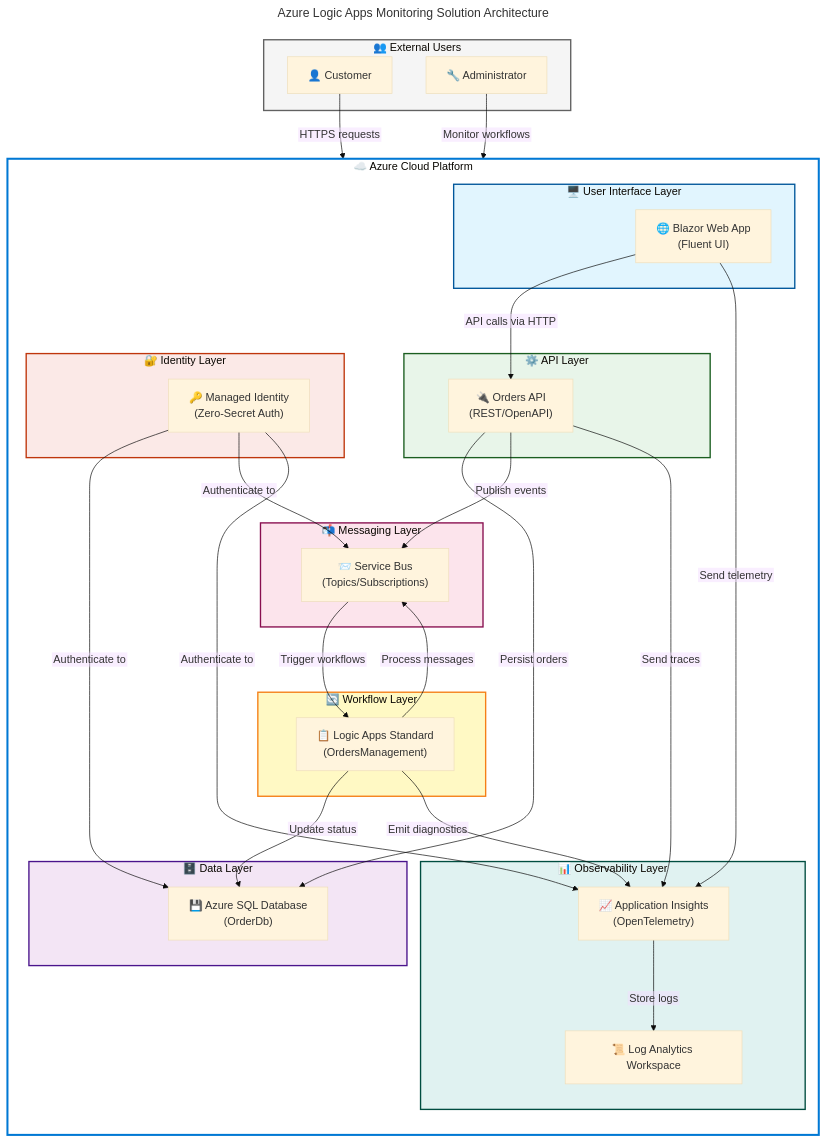
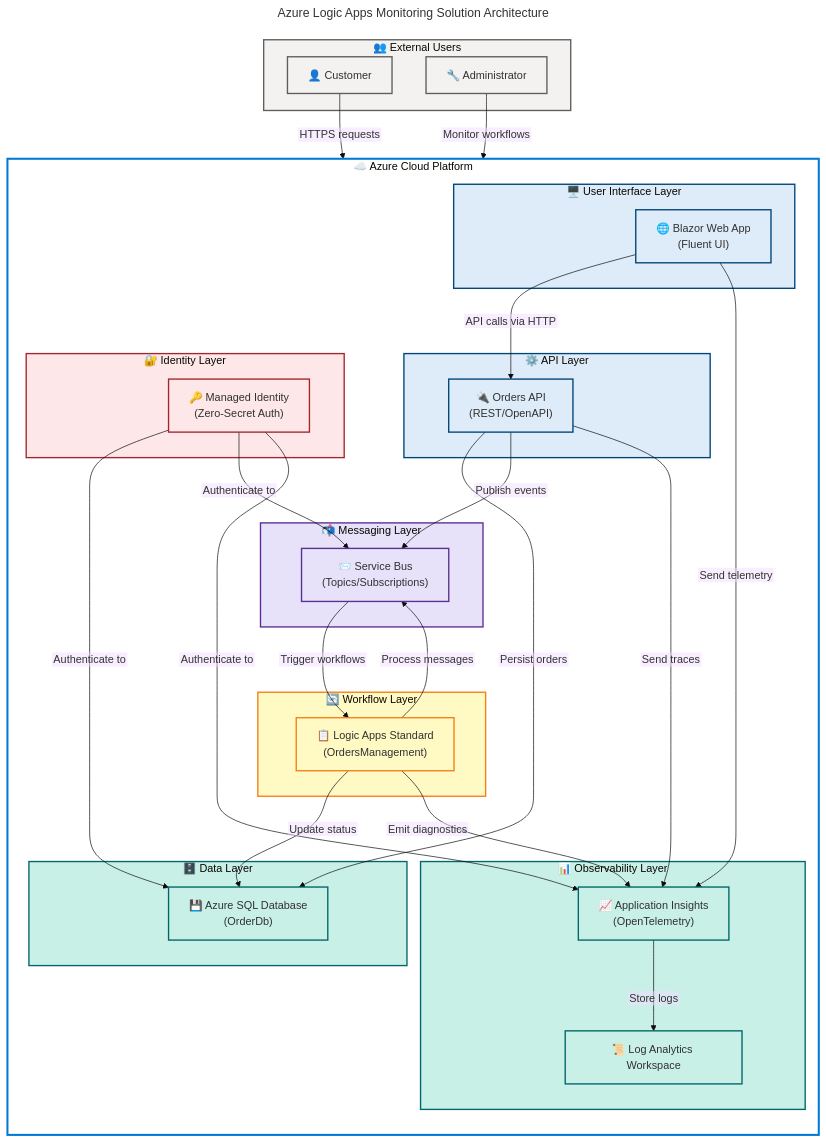
Before and after one commit to Evilazaro/Azure-LogicApps-Monitoring: the diagram in README.md, drawn with Mermaid.

Commit message:
docs: enhance architecture diagram in README.md with semantic color coding and improved accessibility

````diff
--- a/README.md
+++ b/README.md
@@ -87,42 +87,58 @@
     accTitle: Azure Logic Apps Monitoring Solution Architecture
     accDescr: Shows microservices architecture with Blazor Web App, Orders API, Logic Apps, Service Bus, SQL Database, and Application Insights with managed identity authentication
 
+    %% ═══════════════════════════════════════════════════════════════════════════
+    %% AZURE / FLUENT ARCHITECTURE PATTERN v1.1
+    %% (Semantic + Structural + Font + Accessibility Governance)
+    %% ═══════════════════════════════════════════════════════════════════════════
+    %% PHASE 1 - STRUCTURAL: TB direction explicit, 2-level nesting (azure→layers), 9 subgraphs total
+    %% PHASE 2 - SEMANTIC: 5 semantic colors used (within limit):
+    %%   - azureBlue (#DEECF9): UI/API layers - application services
+    %%   - azureYellow (#FFF9C4): Workflow orchestration - business logic
+    %%   - azurePurple (#E7E2FA): Messaging infrastructure - async communication
+    %%   - azureTeal (#C8F0E7): Data persistence - storage services
+    %%   - azureOrange (#FDE7E9): Security/Identity - authentication services
+    %% PHASE 3 - FONT: Dark text #323130 on all 100-level fills (WCAG AA 4.5:1+ contrast)
+    %% PHASE 4 - ACCESSIBILITY: accTitle/accDescr present, all nodes have semantic icons
+    %% PHASE 5 - STANDARD: v1.1 format, 9 subgraphs with semantic color matching, centralized classDefs
+    %% ═══════════════════════════════════════════════════════════════════════════
+
     subgraph azure["☁️ Azure Cloud Platform"]
         direction TB
 
         subgraph ui["🖥️ User Interface Layer"]
-            webapp["🌐 Blazor Web App<br/>(Fluent UI)"]
+            webapp["🌐 Blazor Web App<br/>(Fluent UI)"]:::azureBlue
         end
 
         subgraph api["⚙️ API Layer"]
-            ordersapi["🔌 Orders API<br/>(REST/OpenAPI)"]
+            ordersapi["🔌 Orders API<br/>(REST/OpenAPI)"]:::azureBlue
         end
 
         subgraph workflows["🔄 Workflow Layer"]
-            logicapp["📋 Logic Apps Standard<br/>(OrdersManagement)"]
+            logicapp["📋 Logic Apps Standard<br/>(OrdersManagement)"]:::azureYellow
         end
 
         subgraph messaging["📬 Messaging Layer"]
-            servicebus["📨 Service Bus<br/>(Topics/Subscriptions)"]
+            servicebus["📨 Service Bus<br/>(Topics/Subscriptions)"]:::azurePurple
         end
 
         subgraph data["🗄️ Data Layer"]
-            sqldb["💾 Azure SQL Database<br/>(OrderDb)"]
+            sqldb["💾 Azure SQL Database<br/>(OrderDb)"]:::azureTeal
         end
 
         subgraph observability["📊 Observability Layer"]
-            appinsights["📈 Application Insights<br/>(OpenTelemetry)"]
-            loganalytics["📜 Log Analytics Workspace"]
+            appinsights["📈 Application Insights<br/>(OpenTelemetry)"]:::azureTeal
+            loganalytics["📜 Log Analytics Workspace"]:::azureTeal
         end
 
         subgraph identity["🔐 Identity Layer"]
-            managedid["🔑 Managed Identity<br/>(Zero-Secret Auth)"]
+            managedid["🔑 Managed Identity<br/>(Zero-Secret Auth)"]:::azureOrange
         end
     end
 
     subgraph users["👥 External Users"]
-        customer["👤 Customer"]
-        admin["🔧 Administrator"]
+        customer["👤 Customer"]:::neutral
+        admin["🔧 Administrator"]:::neutral
     end
 
     customer -->|"HTTPS requests"| webapp
@@ -143,13 +159,22 @@
     managedid -->|"Authenticate to"| servicebus
     managedid -->|"Authenticate to"| appinsights
 
+    %% Centralized classDefs - Using 100-level fills for content nodes (MRM-C004)
+    classDef azureBlue fill:#DEECF9,stroke:#004578,stroke-width:2px,color:#323130
+    classDef azureYellow fill:#FFF9C4,stroke:#F57F17,stroke-width:2px,color:#323130
+    classDef azurePurple fill:#E7E2FA,stroke:#5B2F91,stroke-width:2px,color:#323130
+    classDef azureTeal fill:#C8F0E7,stroke:#00666B,stroke-width:2px,color:#323130
+    classDef azureOrange fill:#FDE7E9,stroke:#A4262C,stroke-width:2px,color:#323130
+    classDef neutral fill:#F3F2F1,stroke:#605E5C,stroke-width:2px,color:#323130
+
+    %% Subgraph styling - Semantic colors matching content purpose (9 subgraphs = 9 style directives)
     style azure fill:#FFFFFF,stroke:#0078D4,stroke-width:3px,color:#323130
-    style ui fill:#E1F5FE,stroke:#01579B,stroke-width:2px,color:#323130
-    style api fill:#E8F5E9,stroke:#1B5E20,stroke-width:2px,color:#323130
+    style ui fill:#DEECF9,stroke:#004578,stroke-width:2px,color:#323130
+    style api fill:#DEECF9,stroke:#004578,stroke-width:2px,color:#323130
     style workflows fill:#FFF9C4,stroke:#F57F17,stroke-width:2px,color:#323130
-    style messaging fill:#FCE4EC,stroke:#880E4F,stroke-width:2px,color:#323130
-    style data fill:#F3E5F5,stroke:#4A148C,stroke-width:2px,color:#323130
-    style observability fill:#E0F2F1,stroke:#004D40,stroke-width:2px,color:#323130
-    style identity fill:#FBE9E7,stroke:#BF360C,stroke-width:2px,color:#323130
-    style users fill:#F5F5F5,stroke:#616161,stroke-width:2px,color:#323130
+    style messaging fill:#E7E2FA,stroke:#5B2F91,stroke-width:2px,color:#323130
+    style data fill:#C8F0E7,stroke:#00666B,stroke-width:2px,color:#323130
+    style observability fill:#C8F0E7,stroke:#00666B,stroke-width:2px,color:#323130
+    style identity fill:#FDE7E9,stroke:#A4262C,stroke-width:2px,color:#323130
+    style users fill:#F3F2F1,stroke:#605E5C,stroke-width:2px,color:#323130
 ```
````
